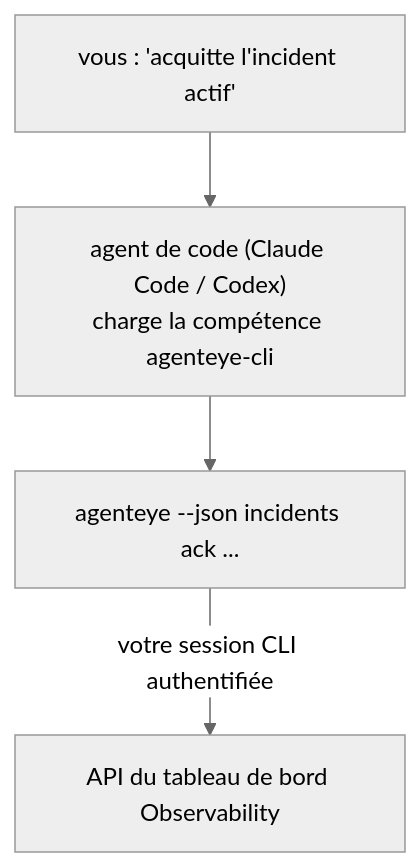
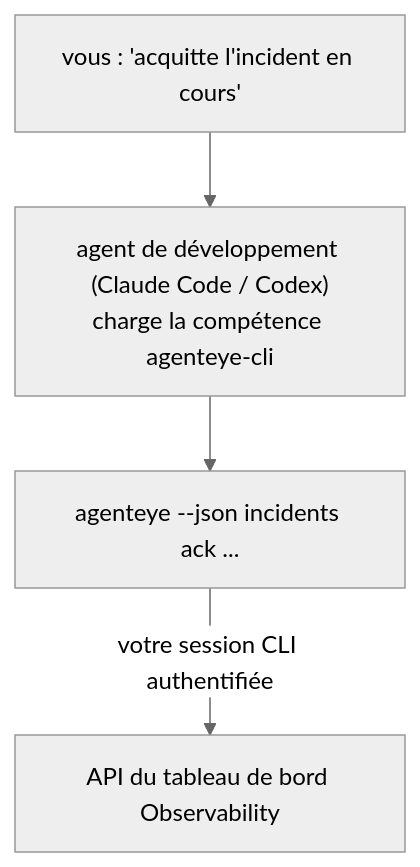
One commit to FailproofAI/failproofai changed the diagram in docs/fr/agenteye/cli-skill.mdx. Above: the diagram before and after it, drawn with Mermaid (neutral theme). The commit also changed other lines of this file and 654 other files, not shown here.

````diff
--- a/docs/fr/agenteye/cli-skill.mdx
+++ b/docs/fr/agenteye/cli-skill.mdx
@@ -28,6 +28,6 @@
 ```mermaid
 flowchart TD
-    YOU["vous : 'acquitte l'incident actif'"] --> AGENT["agent de code (Claude Code / Codex)<br/>charge la compétence agenteye-cli"]
+    YOU["vous : 'acquitte l'incident en cours'"] --> AGENT["agent de développement (Claude Code / Codex)<br/>charge la compétence agenteye-cli"]
     AGENT --> CLI["agenteye --json incidents ack ..."]
     CLI -->|votre session CLI authentifiée| API["API du tableau de bord Observability"]
 ```
````
